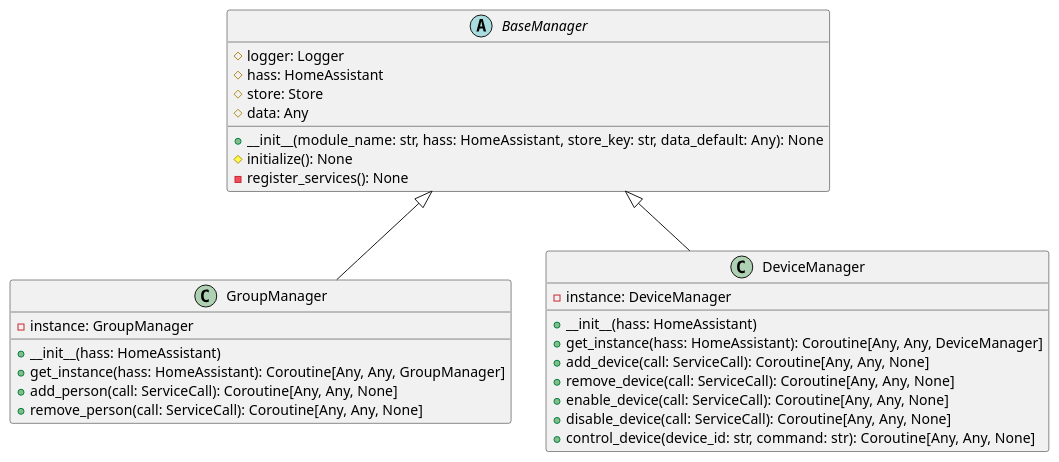
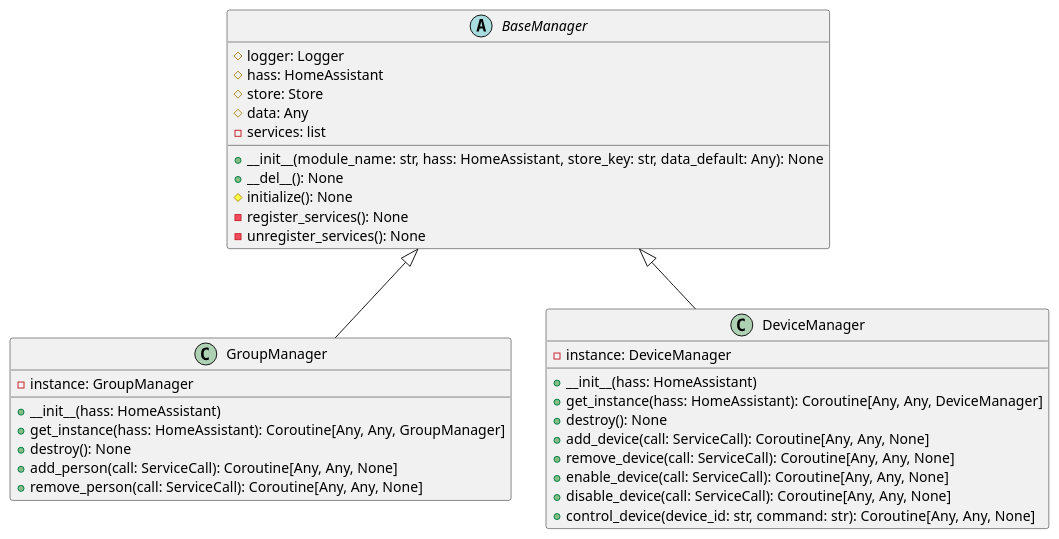
The diagram in docs/gradivo/plantuml/Izvedljiv sistem/manager-razredni.puml (TPO-2024-2025/Varko), drawn with PlantUML before and after one commit. The commit also changed 5 other files, not shown here.

```diff
--- a/docs/gradivo/plantuml/Izvedljiv sistem/manager-razredni.puml
+++ b/docs/gradivo/plantuml/Izvedljiv sistem/manager-razredni.puml
@@ -1,33 +1,38 @@
 @startuml
 abstract class BaseManager {
     # logger: Logger
     # hass: HomeAssistant
     # store: Store
     # data: Any
+    - services: list
     + __init__(module_name: str, hass: HomeAssistant, store_key: str, data_default: Any): None
+    + __del__(): None
     # initialize(): None
     - register_services(): None
+    - unregister_services(): None
 }
 
 class GroupManager {
     - instance: GroupManager
     + __init__(hass: HomeAssistant)
     + get_instance(hass: HomeAssistant): Coroutine[Any, Any, GroupManager]
+    + destroy(): None
     + add_person(call: ServiceCall): Coroutine[Any, Any, None]
     + remove_person(call: ServiceCall): Coroutine[Any, Any, None]
 }
 BaseManager <|-- GroupManager
 
 class DeviceManager {
     - instance: DeviceManager
     + __init__(hass: HomeAssistant)
     + get_instance(hass: HomeAssistant): Coroutine[Any, Any, DeviceManager]
+    + destroy(): None
     + add_device(call: ServiceCall): Coroutine[Any, Any, None]
     + remove_device(call: ServiceCall): Coroutine[Any, Any, None]
     + enable_device(call: ServiceCall): Coroutine[Any, Any, None]
     + disable_device(call: ServiceCall): Coroutine[Any, Any, None]
     + control_device(device_id: str, command: str): Coroutine[Any, Any, None]
 }
 BaseManager <|-- DeviceManager
 
 @enduml
```
